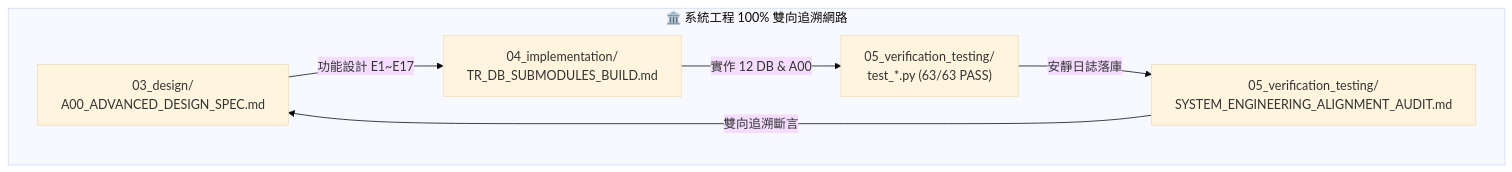
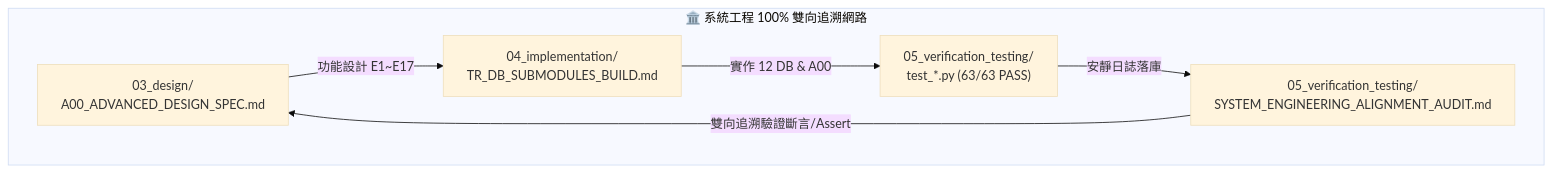
The first of 2 diagrams in book/05_system_engineering_and_sdm.md (wuulong/tw-agro-db), drawn with Mermaid (base theme) before and after one commit. The commit also changed other lines of this file and 63 other files, not shown here.

````diff
--- a/book/05_system_engineering_and_sdm.md
+++ b/book/05_system_engineering_and_sdm.md
@@ -15,14 +15,14 @@
 ```mermaid
 flowchart TD
     subgraph SysEng["🏛️ 系統工程 100% 雙向追溯網路"]
         Spec["03_design/<br/>A00_ADVANCED_DESIGN_SPEC.md"]
         Impl["04_implementation/<br/>TR_DB_SUBMODULES_BUILD.md"]
         Test["05_verification_testing/<br/>test_*.py (63/63 PASS)"]
         Audit["05_verification_testing/<br/>SYSTEM_ENGINEERING_ALIGNMENT_AUDIT.md"]
     end
 
     Spec -->|功能設計 E1~E17| Impl
     Impl -->|實作 12 DB & A00| Test
     Test -->|安靜日誌落庫| Audit
-    Audit -->|雙向追溯斷言| Spec
+    Audit -->|雙向追溯驗證斷言/Assert| Spec
 ```
````
